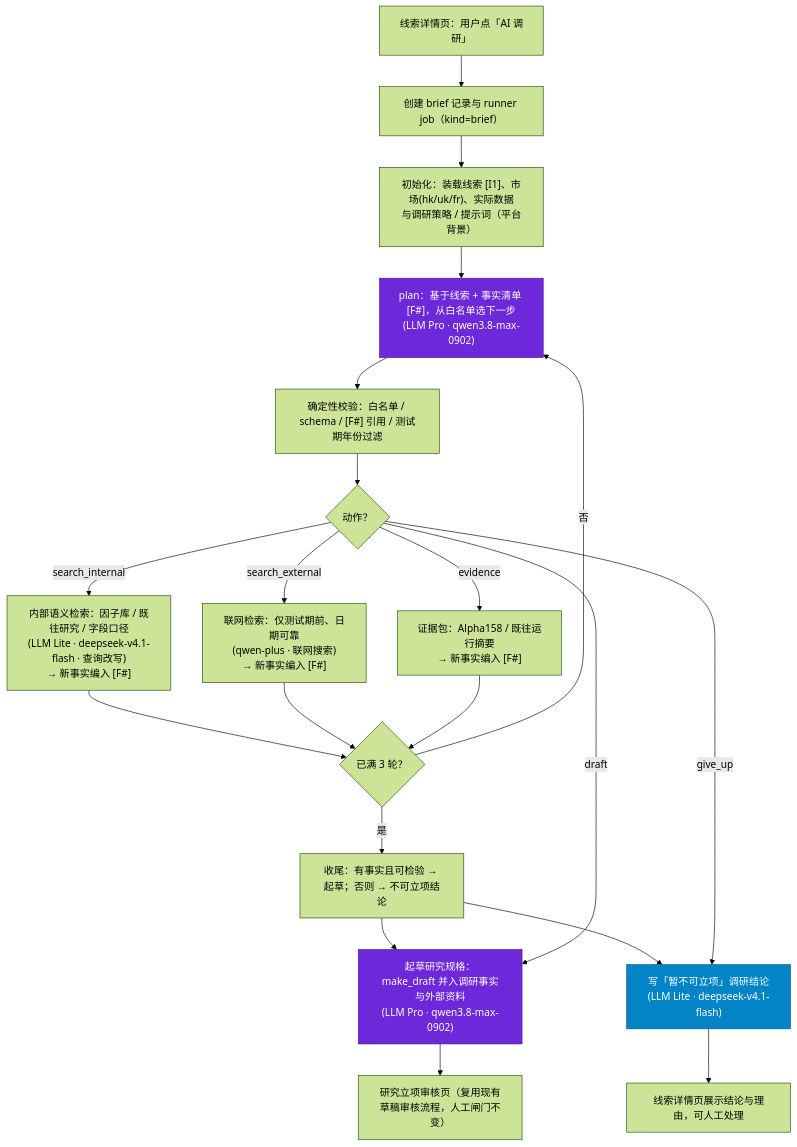
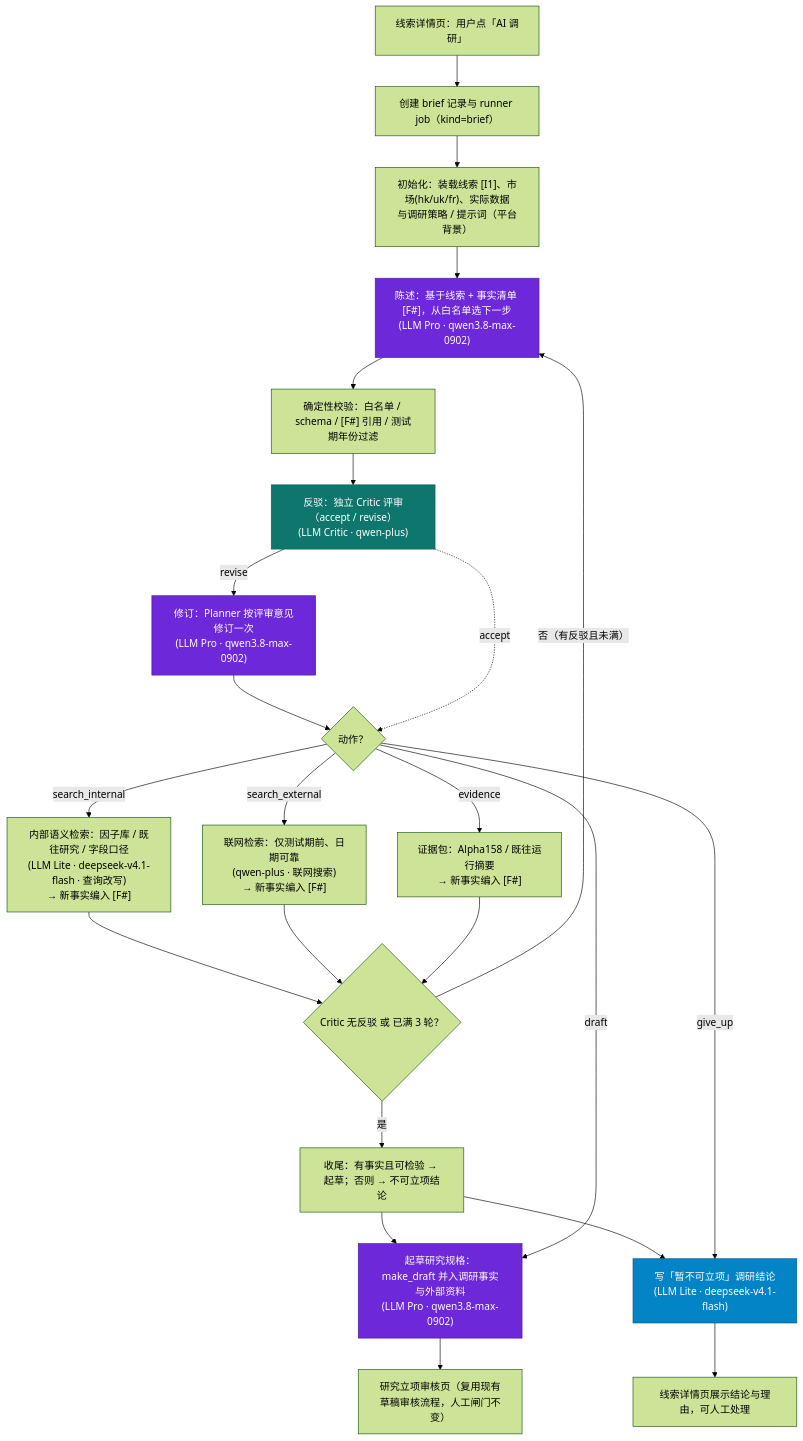
The second of 3 diagrams in docs/Agentic-workflow-线索-AI调研.md (nuke-yu/factopia), drawn with Mermaid (forest theme) before and after one commit. The commit also changed other lines of this file and 8 other files, not shown here.

````diff
--- a/docs/Agentic-workflow-线索-AI调研.md
+++ b/docs/Agentic-workflow-线索-AI调研.md
@@ -82,27 +91,32 @@
 ```mermaid
 flowchart TD
     A["线索详情页：用户点「AI 调研」"] --> B["创建 brief 记录与 runner job（kind=brief）"]
     B --> C["初始化：装载线索 [I1]、市场(hk/uk/fr)、实际数据<br/>与调研策略 / 提示词（平台背景）"]
-    C --> P["plan：基于线索 + 事实清单 [F#]，从白名单选下一步<br/>(LLM Pro · qwen3.8-max-0902)"]
+    C --> P["陈述：基于线索 + 事实清单 [F#]，从白名单选下一步<br/>(LLM Pro · qwen3.8-max-0902)"]
     P --> V["确定性校验：白名单 / schema / [F#] 引用 / 测试期年份过滤"]
-    V --> T{"动作？"}
+    V --> CR["反驳：独立 Critic 评审（accept / revise）<br/>(LLM Critic · qwen-plus)"]
+    CR -->|"revise"| PR["修订：Planner 按评审意见修订一次<br/>(LLM Pro · qwen3.8-max-0902)"]
+    PR --> T{"动作？"}
+    CR -.->|"accept"| T
     T -->|"search_internal"| E1["内部语义检索：因子库 / 既往研究 / 字段口径<br/>(LLM Lite · deepseek-v4.1-flash · 查询改写)<br/>→ 新事实编入 [F#]"]
     T -->|"search_external"| E2["联网检索：仅测试期前、日期可靠<br/>(qwen-plus · 联网搜索)<br/>→ 新事实编入 [F#]"]
     T -->|"evidence"| E3["证据包：Alpha158 / 既往运行摘要<br/>→ 新事实编入 [F#]"]
-    E1 --> R{"已满 3 轮？"}
+    E1 --> R{"Critic 无反驳 或 已满 3 轮？"}
     E2 --> R
     E3 --> R
-    R -->|"否"| P
+    R -->|"否（有反驳且未满）"| P
     R -->|"是"| F["收尾：有事实且可检验 → 起草；否则 → 不可立项结论"]
     F --> DR["起草研究规格：make_draft 并入调研事实与外部资料<br/>(LLM Pro · qwen3.8-max-0902)"]
     F --> GU["写「暂不可立项」调研结论<br/>(LLM Lite · deepseek-v4.1-flash)"]
     T -->|"draft"| DR
     T -->|"give_up"| GU
     DR --> H["研究立项审核页（复用现有草稿审核流程，人工闸门不变）"]
     GU --> G["线索详情页展示结论与理由，可人工处理"]
 
     classDef pro fill:#6d28d9,color:#fff,stroke:#4c1d95
     classDef lite fill:#0284c7,color:#fff,stroke:#075985
-    class P,DR pro
+    classDef critic fill:#0f766e,color:#fff,stroke:#115e59
+    class P,PR,DR pro
+    class CR critic
     class GU lite
 ```
````
